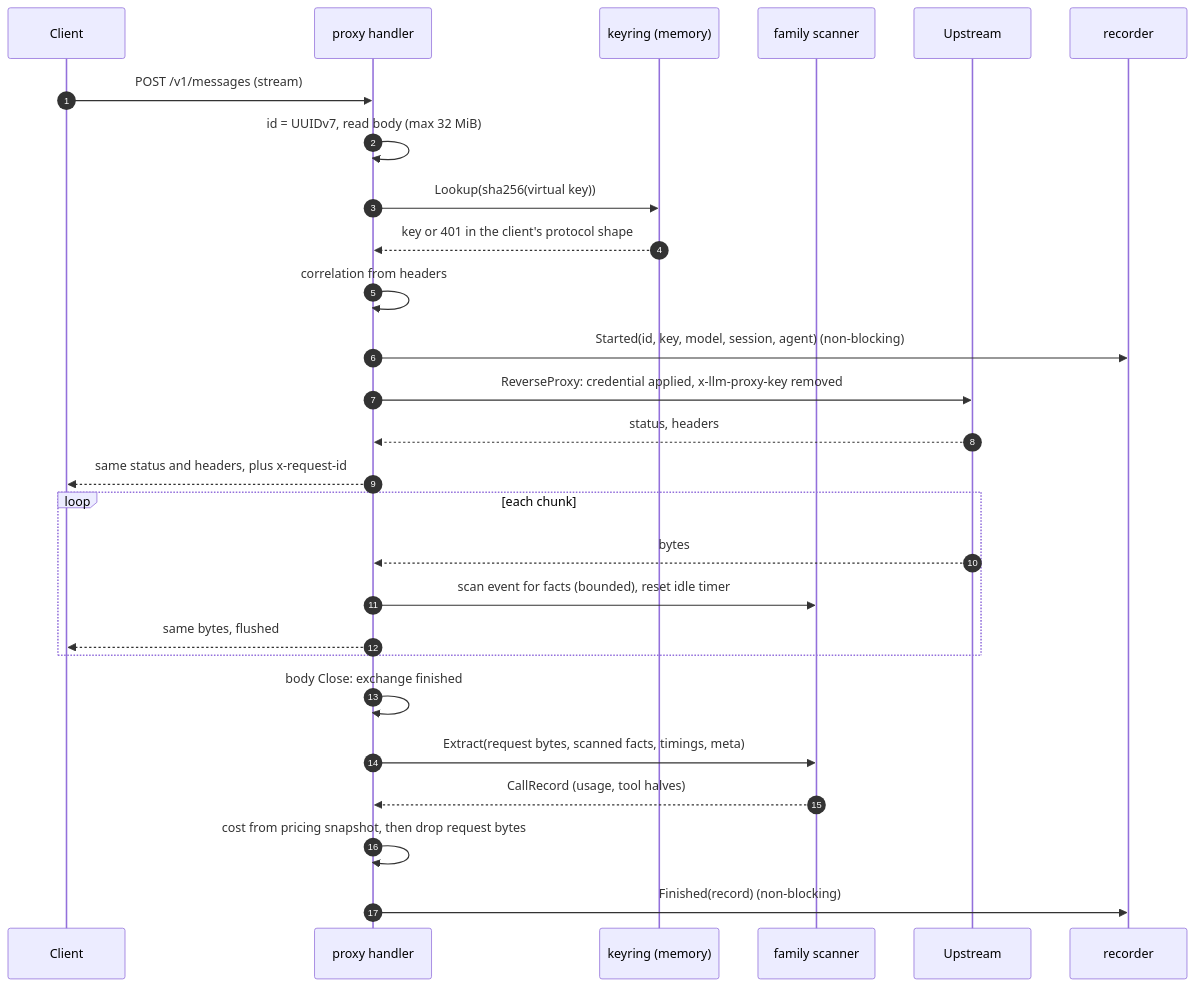
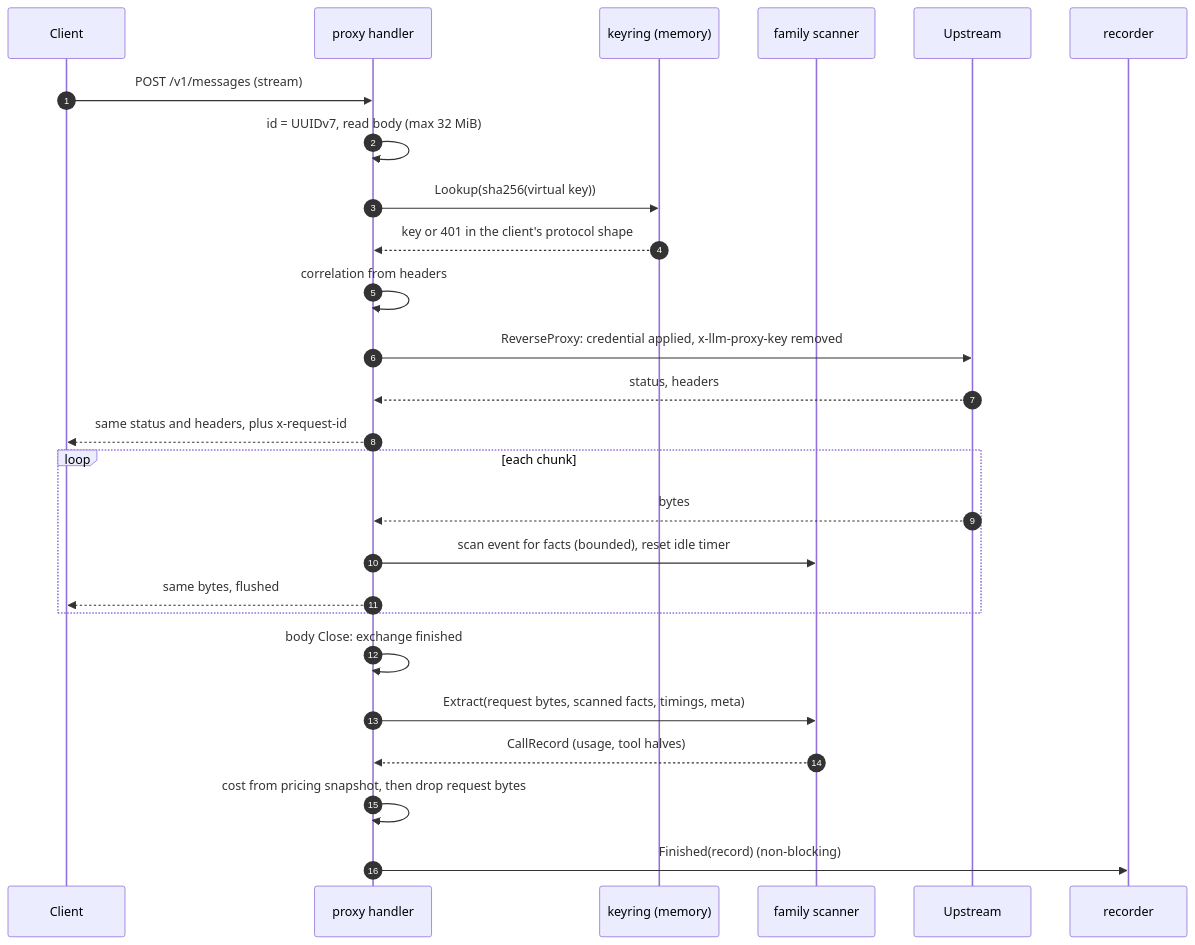
Before and after one commit to mtanzi/llm-proxy: the second of 3 diagrams in docs/architecture/backend.md, drawn with Mermaid. The commit also changed other lines of this file and 37 other files, not shown here.

````diff
--- a/docs/architecture/backend.md
+++ b/docs/architecture/backend.md
@@ -417,30 +422,29 @@
 ```mermaid
 sequenceDiagram
     autonumber
     participant C as Client
     participant P as proxy handler
     participant K as keyring (memory)
     participant F as family scanner
     participant U as Upstream
     participant R as recorder
 
     C->>P: POST /v1/messages (stream)
     P->>P: id = UUIDv7, read body (max 32 MiB)
     P->>K: Lookup(sha256(virtual key))
     K-->>P: key or 401 in the client's protocol shape
     P->>P: correlation from headers
-    P->>R: Started(id, key, model, session, agent) (non-blocking)
     P->>U: ReverseProxy: credential applied, x-llm-proxy-key removed
     U-->>P: status, headers
     P-->>C: same status and headers, plus x-request-id
     loop each chunk
         U-->>P: bytes
         P->>F: scan event for facts (bounded), reset idle timer
         P-->>C: same bytes, flushed
     end
     P->>P: body Close: exchange finished
     P->>F: Extract(request bytes, scanned facts, timings, meta)
     F-->>P: CallRecord (usage, tool halves)
     P->>P: cost from pricing snapshot, then drop request bytes
     P->>R: Finished(record) (non-blocking)
 ```
````
